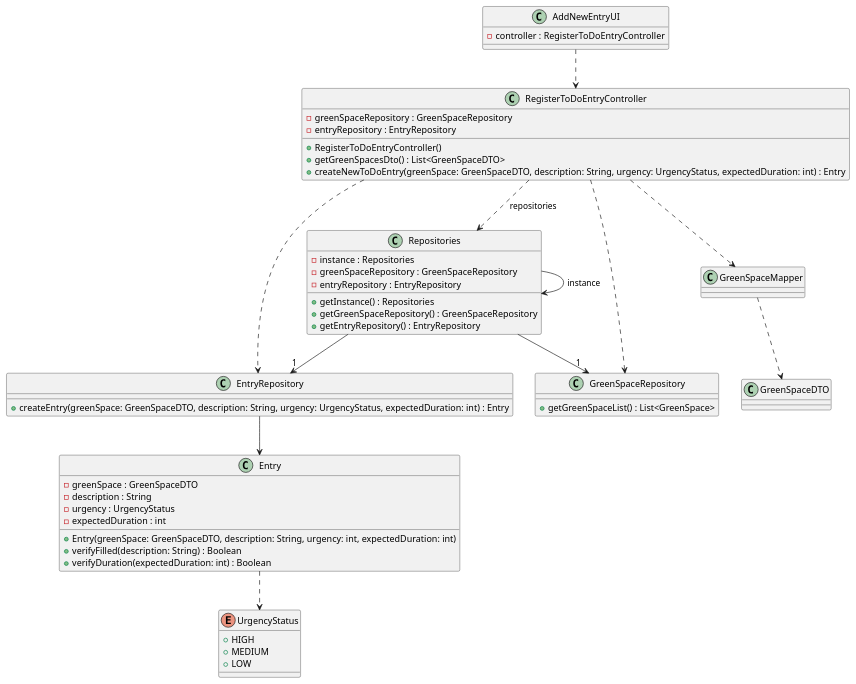
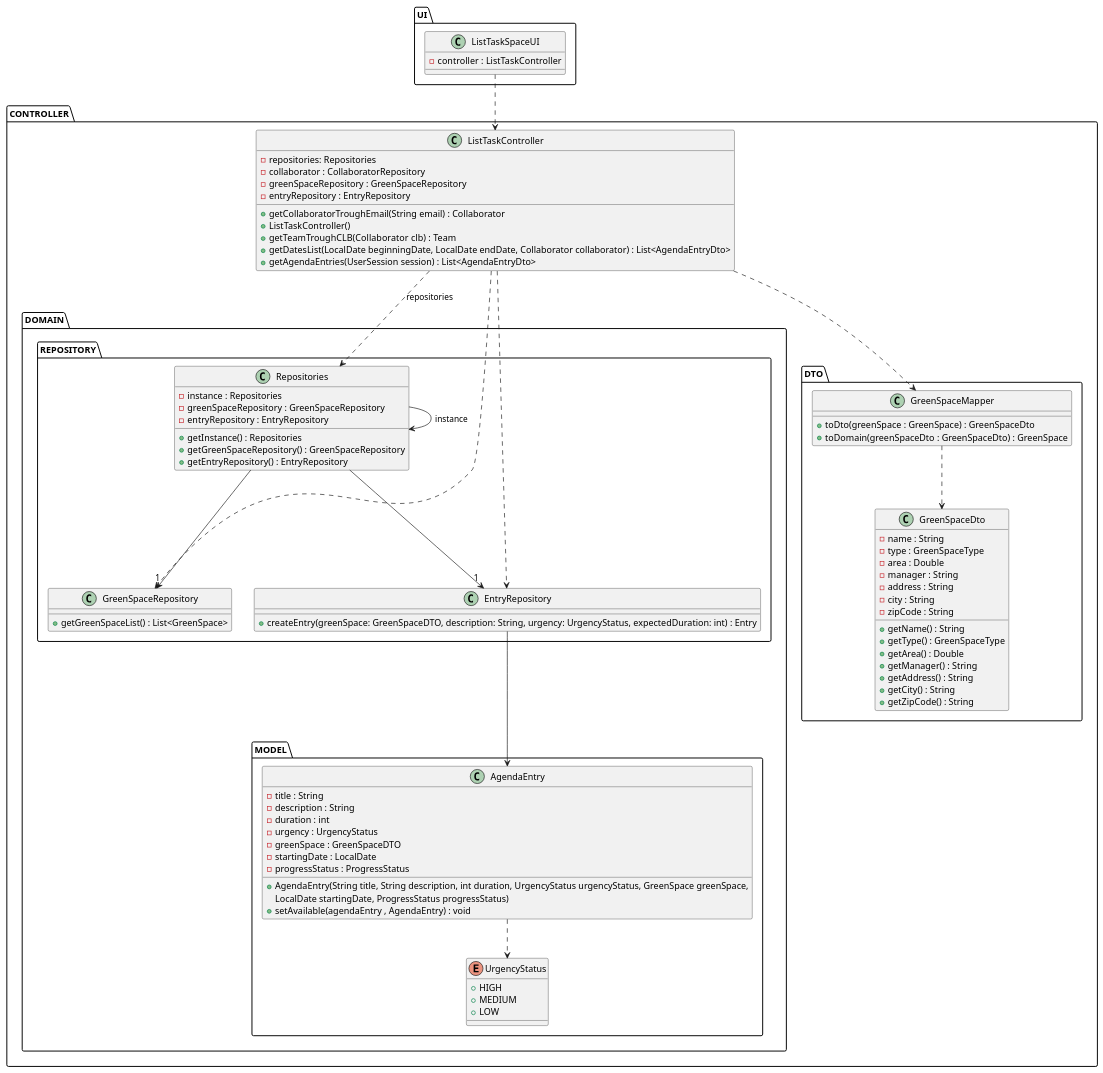
The diagram in docs/sprintC/us021/03.design/puml/us021-class-diagram.puml (ricardomm7/leaflink), drawn with PlantUML before and after one commit. The commit also changed 1 other file, not shown here.

```diff
--- a/docs/sprintC/us021/03.design/puml/us021-class-diagram.puml
+++ b/docs/sprintC/us021/03.design/puml/us021-class-diagram.puml
@@ -1,70 +1,103 @@
 @startuml
 skinparam shadowing false
 skinparam line type polyline
 
-class AddNewEntryUI {
-    - controller : RegisterToDoEntryController
+package UI {
+class ListTaskSpaceUI {
+    - controller : ListTaskController
+}
 }
 
-class RegisterToDoEntryController {
+package CONTROLLER {
+class ListTaskController {
+    - repositories: Repositories
+    - collaborator : CollaboratorRepository
     - greenSpaceRepository : GreenSpaceRepository
     - entryRepository : EntryRepository
-    + RegisterToDoEntryController()
-    + getGreenSpacesDto() : List<GreenSpaceDTO>
-    + createNewToDoEntry(greenSpace: GreenSpaceDTO, description: String, urgency: UrgencyStatus, expectedDuration: int) : Entry
+    + getCollaboratorTroughEmail(String email) : Collaborator
+    + ListTaskController()
+    + getTeamTroughCLB(Collaborator clb) : Team
+    + getDatesList(LocalDate beginningDate, LocalDate endDate, Collaborator collaborator) : List<AgendaEntryDto>
+    + getAgendaEntries(UserSession session) : List<AgendaEntryDto>
 }
 
-enum UrgencyStatus{
-+HIGH
-+MEDIUM
-+LOW
-}
 
+package DOMAIN {
+package REPOSITORY {
 class Repositories {
     - instance : Repositories
     - greenSpaceRepository : GreenSpaceRepository
     - entryRepository : EntryRepository
     + getInstance() : Repositories
     + getGreenSpaceRepository() : GreenSpaceRepository
     + getEntryRepository() : EntryRepository
 }
 
 class GreenSpaceRepository {
     + getGreenSpaceList() : List<GreenSpace>
 }
 
 class EntryRepository {
     + createEntry(greenSpace: GreenSpaceDTO, description: String, urgency: UrgencyStatus, expectedDuration: int) : Entry
 }
+}
+package MODEL{
+class AgendaEntry {
+    - title : String
+    - description : String
+    - duration : int
+    - urgency : UrgencyStatus
+    - greenSpace : GreenSpaceDTO
+    - startingDate : LocalDate
+    - progressStatus : ProgressStatus
 
-class Entry {
-    - greenSpace : GreenSpaceDTO
-    - description : String
-    - urgency : UrgencyStatus
-    - expectedDuration : int
-    + Entry(greenSpace: GreenSpaceDTO, description: String, urgency: int, expectedDuration: int)
-    + verifyFilled(description: String) : Boolean
-    + verifyDuration(expectedDuration: int) : Boolean
+    +AgendaEntry(String title, String description, int duration, UrgencyStatus urgencyStatus, GreenSpace greenSpace,
+                            LocalDate startingDate, ProgressStatus progressStatus)
+    + setAvailable(agendaEntry , AgendaEntry) : void
 }
 
-class GreenSpaceDTO {
+enum UrgencyStatus{
++HIGH
++MEDIUM
++LOW
+}
+}
+}
+package DTO{
+    class GreenSpaceDto{
+        - name : String
+        - type : GreenSpaceType
+        - area : Double
+        - manager : String
+        - address : String
+        - city : String
+        - zipCode : String
+        + getName() : String
+        + getType() : GreenSpaceType
+        + getArea() : Double
+        + getManager() : String
+        + getAddress() : String
+        + getCity() : String
+        + getZipCode() : String
+    }
 
-}
+    class GreenSpaceMapper{
+        +toDto(greenSpace : GreenSpace) : GreenSpaceDto
+        +toDomain(greenSpaceDto : GreenSpaceDto) : GreenSpace
+    }
+    }
 
-class GreenSpaceMapper {
-}
-
-AddNewEntryUI ..> RegisterToDoEntryController
-Entry ..> UrgencyStatus
-RegisterToDoEntryController ..> Repositories: repositories
+ListTaskSpaceUI ..> ListTaskController
+AgendaEntry ..> UrgencyStatus
+ListTaskController ..> Repositories: repositories
 Repositories --> Repositories: instance
-RegisterToDoEntryController ..> GreenSpaceRepository
-RegisterToDoEntryController ..> EntryRepository
+ListTaskController ..> GreenSpaceRepository
+ListTaskController ..> EntryRepository
 Repositories --> "1" GreenSpaceRepository
 Repositories --> "1" EntryRepository
-RegisterToDoEntryController ..> GreenSpaceMapper
+ListTaskController ..> GreenSpaceMapper
 
-GreenSpaceMapper ..> GreenSpaceDTO
-EntryRepository --> Entry
+GreenSpaceMapper ..> GreenSpaceDto
+EntryRepository --> AgendaEntry
 
 @enduml
```
